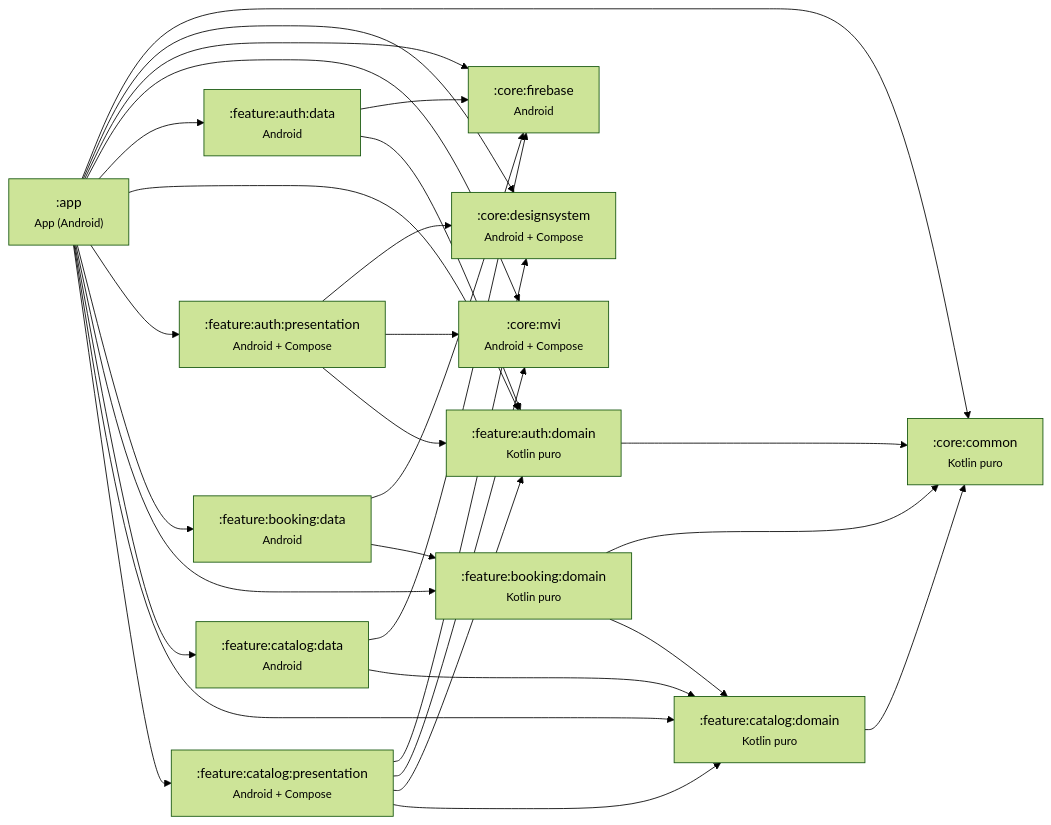
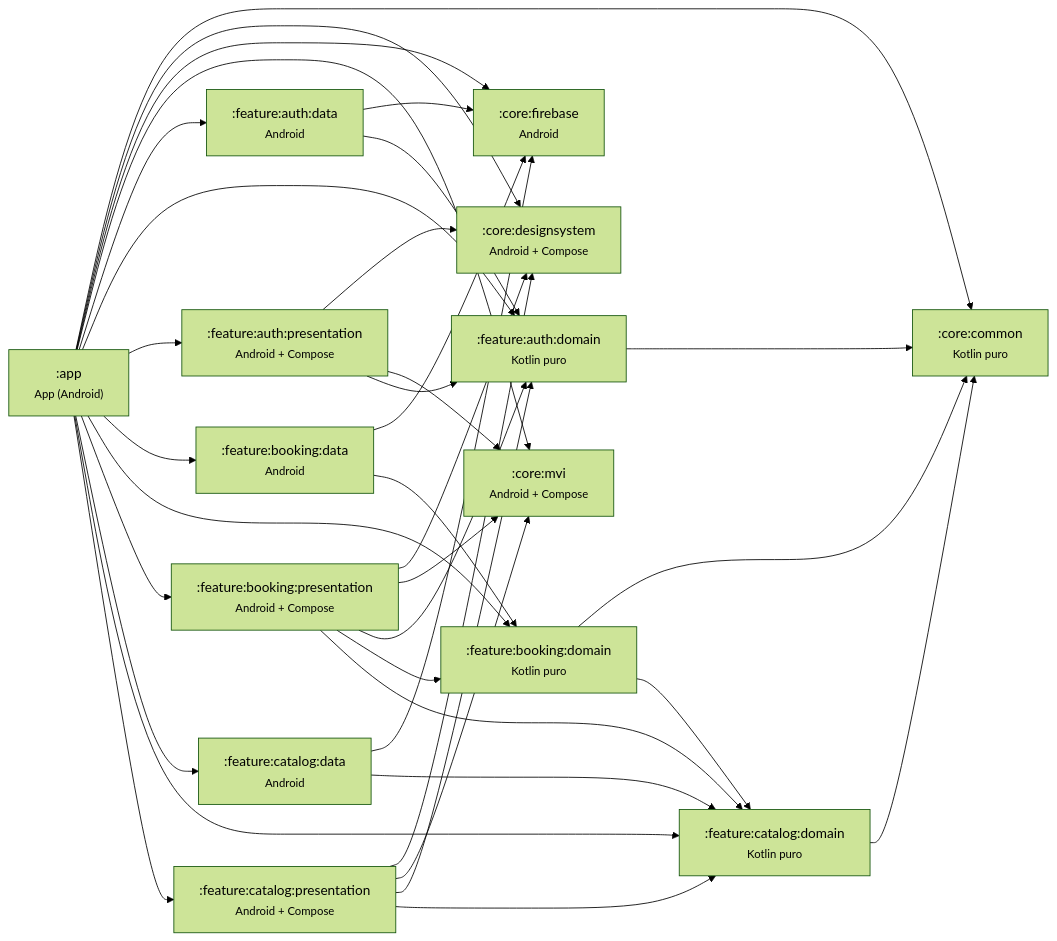
One commit to carlospliskin/Barber-aApp changed the first of 2 diagrams in docs/APP_MAP.md. Above: the diagram before and after it, drawn with Mermaid (forest theme). The commit also changed other lines of this file and 39 other files, not shown here.

````diff
--- a/docs/APP_MAP.md
+++ b/docs/APP_MAP.md
@@ -17,45 +17,52 @@
 ```mermaid
 graph LR
   app[":app<br/><small>App (Android)</small>"]
   core_common[":core:common<br/><small>Kotlin puro</small>"]
   core_mvi[":core:mvi<br/><small>Android + Compose</small>"]
   core_firebase[":core:firebase<br/><small>Android</small>"]
   core_designsystem[":core:designsystem<br/><small>Android + Compose</small>"]
   feature_auth_domain[":feature:auth:domain<br/><small>Kotlin puro</small>"]
   feature_auth_data[":feature:auth:data<br/><small>Android</small>"]
   feature_auth_presentation[":feature:auth:presentation<br/><small>Android + Compose</small>"]
   feature_catalog_domain[":feature:catalog:domain<br/><small>Kotlin puro</small>"]
   feature_catalog_data[":feature:catalog:data<br/><small>Android</small>"]
   feature_catalog_presentation[":feature:catalog:presentation<br/><small>Android + Compose</small>"]
   feature_booking_domain[":feature:booking:domain<br/><small>Kotlin puro</small>"]
   feature_booking_data[":feature:booking:data<br/><small>Android</small>"]
+  feature_booking_presentation[":feature:booking:presentation<br/><small>Android + Compose</small>"]
   app --> core_common
   app --> core_designsystem
   app --> core_firebase
   app --> core_mvi
   app --> feature_auth_data
   app --> feature_auth_domain
   app --> feature_auth_presentation
   app --> feature_booking_data
   app --> feature_booking_domain
+  app --> feature_booking_presentation
   app --> feature_catalog_data
   app --> feature_catalog_domain
   app --> feature_catalog_presentation
   feature_auth_domain --> core_common
   feature_auth_data --> core_firebase
   feature_auth_data --> feature_auth_domain
   feature_auth_presentation --> core_designsystem
   feature_auth_presentation --> core_mvi
   feature_auth_presentation --> feature_auth_domain
   feature_catalog_domain --> core_common
   feature_catalog_data --> core_firebase
   feature_catalog_data --> feature_catalog_domain
   feature_catalog_presentation --> core_designsystem
   feature_catalog_presentation --> core_mvi
   feature_catalog_presentation --> feature_auth_domain
   feature_catalog_presentation --> feature_catalog_domain
   feature_booking_domain --> core_common
   feature_booking_domain --> feature_catalog_domain
   feature_booking_data --> core_firebase
   feature_booking_data --> feature_booking_domain
+  feature_booking_presentation --> core_designsystem
+  feature_booking_presentation --> core_mvi
+  feature_booking_presentation --> feature_auth_domain
+  feature_booking_presentation --> feature_booking_domain
+  feature_booking_presentation --> feature_catalog_domain
 ```
````
